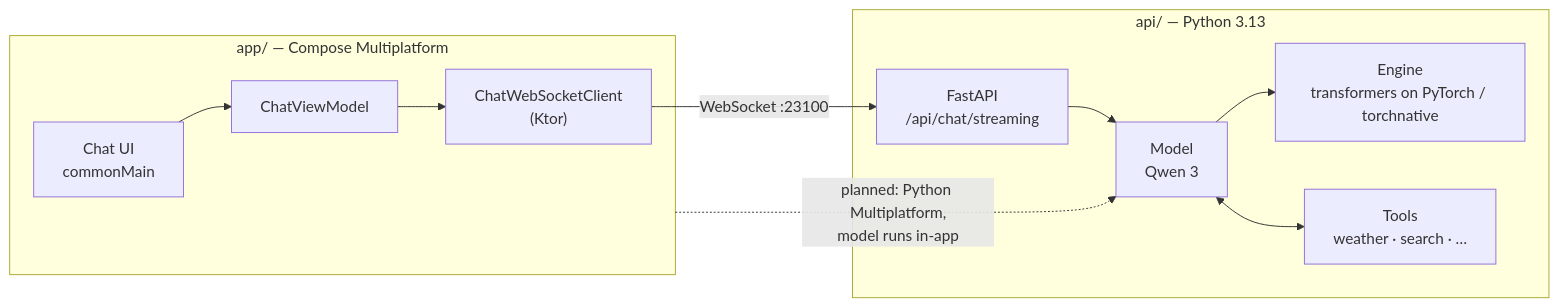
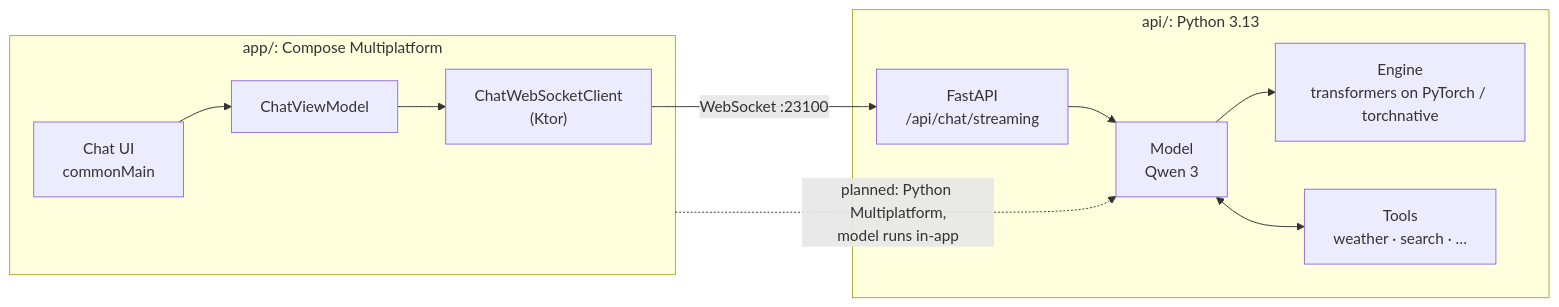
One commit to LogitAI/Gemstone changed the diagram in README.md. Above: the diagram before and after it, drawn with Mermaid. The commit also changed other lines of this file and 19 other files, not shown here.

````diff
--- a/README.md
+++ b/README.md
@@ -125,13 +125,13 @@
 ```mermaid
 flowchart LR
-    subgraph Client["app/ — Compose Multiplatform"]
+    subgraph Client["app/: Compose Multiplatform"]
         UI["Chat UI<br/>commonMain"] --> VM["ChatViewModel"] --> WS["ChatWebSocketClient<br/>(Ktor)"]
     end
-    subgraph Server["api/ — Python 3.13"]
+    subgraph Server["api/: Python 3.13"]
         EP["FastAPI<br/>/api/chat/streaming"] --> M["Model<br/>Qwen 3"]
         M --> B["Engine<br/>transformers on PyTorch / torchnative"]
         M <--> T["Tools<br/>weather · search · …"]
     end
     WS -- "WebSocket :23100" --> EP
     Client -. "planned: Python Multiplatform,<br/>model runs in-app" .-> M
 ```
````
